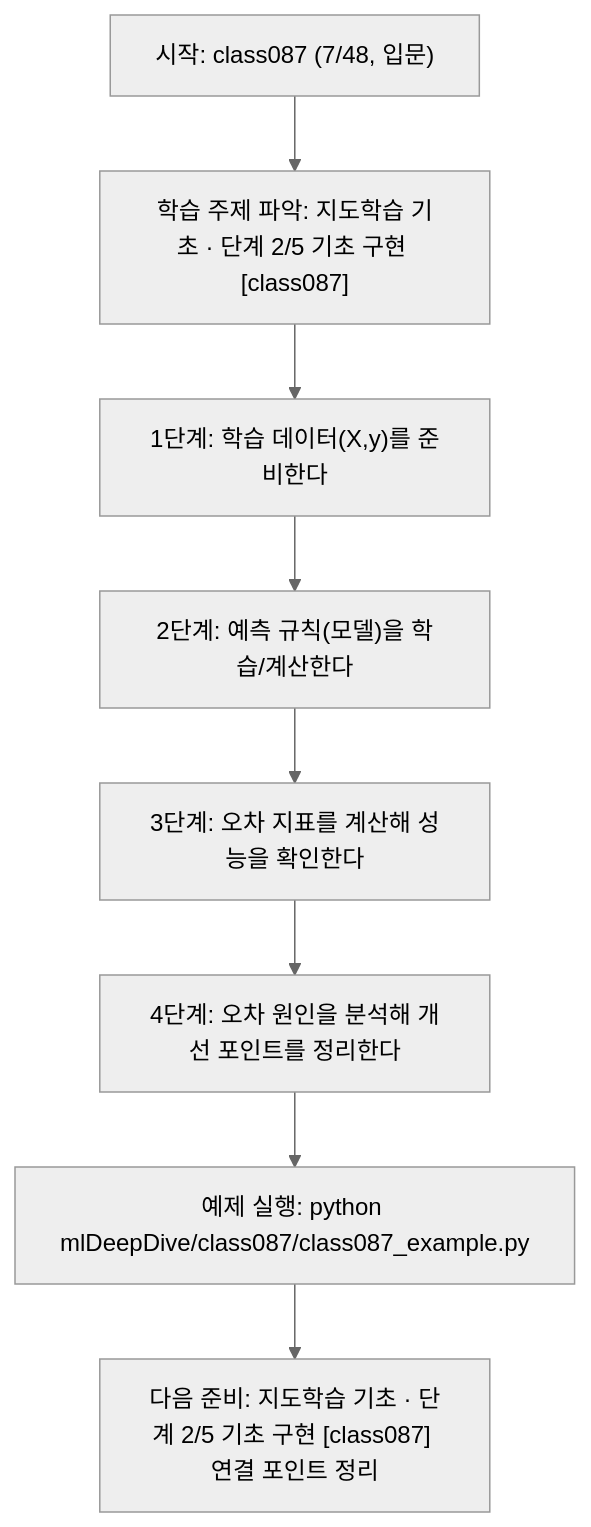
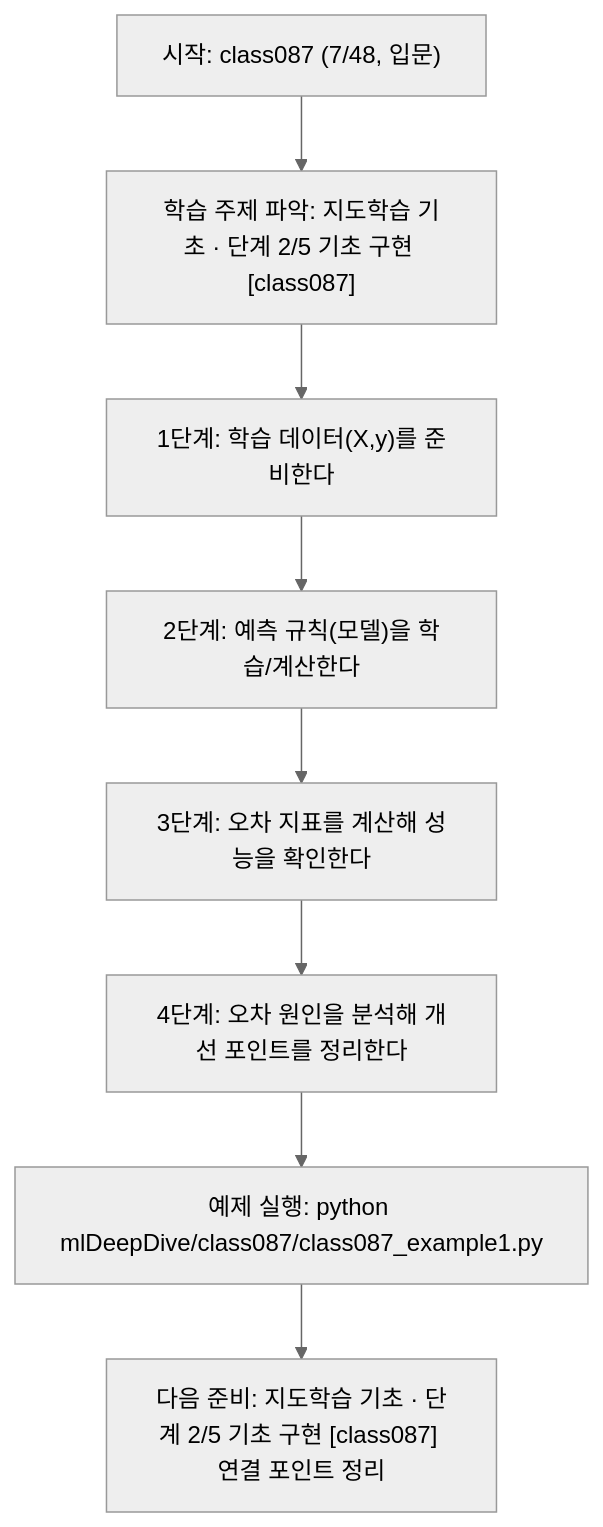
Before and after one commit to edumgt/Python-AI_Agent-Class: the diagram in mlDeepDive/class087/class087.md, drawn with Mermaid (neutral theme). The commit also changed other lines of this file and 2959 other files, not shown here.

````diff
--- a/mlDeepDive/class087/class087.md
+++ b/mlDeepDive/class087/class087.md
@@ -109,18 +109,18 @@
 ```mermaid
 flowchart TD
 N1["시작: class087 (7/48, 입문)"]
 N2["학습 주제 파악: 지도학습 기초 · 단계 2/5 기초 구현 [class087]"]
 N3["1단계: 학습 데이터(X,y)를 준비한다"]
 N4["2단계: 예측 규칙(모델)을 학습/계산한다"]
 N5["3단계: 오차 지표를 계산해 성능을 확인한다"]
 N6["4단계: 오차 원인을 분석해 개선 포인트를 정리한다"]
-N7["예제 실행: python mlDeepDive/class087/class087_example.py"]
+N7["예제 실행: python mlDeepDive/class087/class087_example1.py"]
 N8["다음 준비: 지도학습 기초 · 단계 2/5 기초 구현 [class087] 연결 포인트 정리"]
 N1 --> N2
 N2 --> N3
 N3 --> N4
 N4 --> N5
 N5 --> N6
 N6 --> N7
 N7 --> N8
 ```
````
